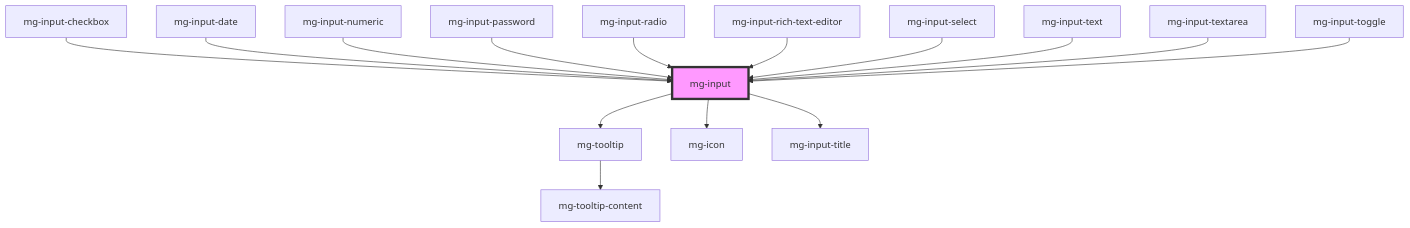
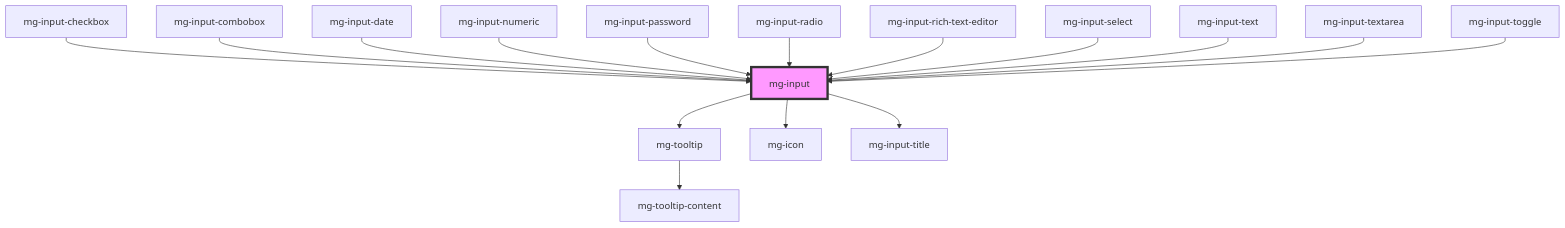
The diagram in packages/mg-components/src/components/molecules/inputs/mg-input/readme.md (MGDIS/core-ui), drawn with Mermaid before and after one commit. The commit also changed other lines of this file and 26 other files, not shown here.

First line of the commit message:
feat(mgInputCombobox): add component

````diff
--- a/packages/mg-components/src/components/molecules/inputs/mg-input/readme.md
+++ b/packages/mg-components/src/components/molecules/inputs/mg-input/readme.md
@@ -153,18 +154,19 @@
 ```mermaid
 graph TD;
   mg-input --> mg-tooltip
   mg-input --> mg-icon
   mg-input --> mg-input-title
   mg-tooltip --> mg-tooltip-content
   mg-input-checkbox --> mg-input
+  mg-input-combobox --> mg-input
   mg-input-date --> mg-input
   mg-input-numeric --> mg-input
   mg-input-password --> mg-input
   mg-input-radio --> mg-input
   mg-input-rich-text-editor --> mg-input
   mg-input-select --> mg-input
   mg-input-text --> mg-input
   mg-input-textarea --> mg-input
   mg-input-toggle --> mg-input
   style mg-input fill:#f9f,stroke:#333,stroke-width:4px
 ```
````
